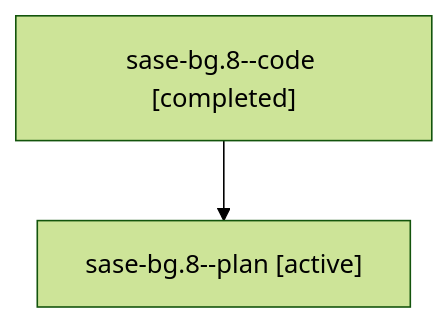
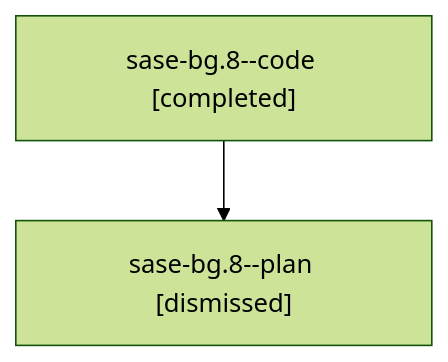
One commit to sase-org/sase--agents changed the diagram in sessions/bbugyi200.athena.sase-bg.8.md. Above: the diagram before and after it, drawn with Mermaid (forest theme). The commit also changed other lines of this file and 91 other files, not shown here.

````diff
--- a/sessions/bbugyi200.athena.sase-bg.8.md
+++ b/sessions/bbugyi200.athena.sase-bg.8.md
@@ -9,6 +9,6 @@
 ```mermaid
 flowchart TD
   n0["sase-bg.8--code [completed]"]
-  n1["sase-bg.8--plan [active]"]
+  n1["sase-bg.8--plan [dismissed]"]
   n0 --> n1
 ```
````
